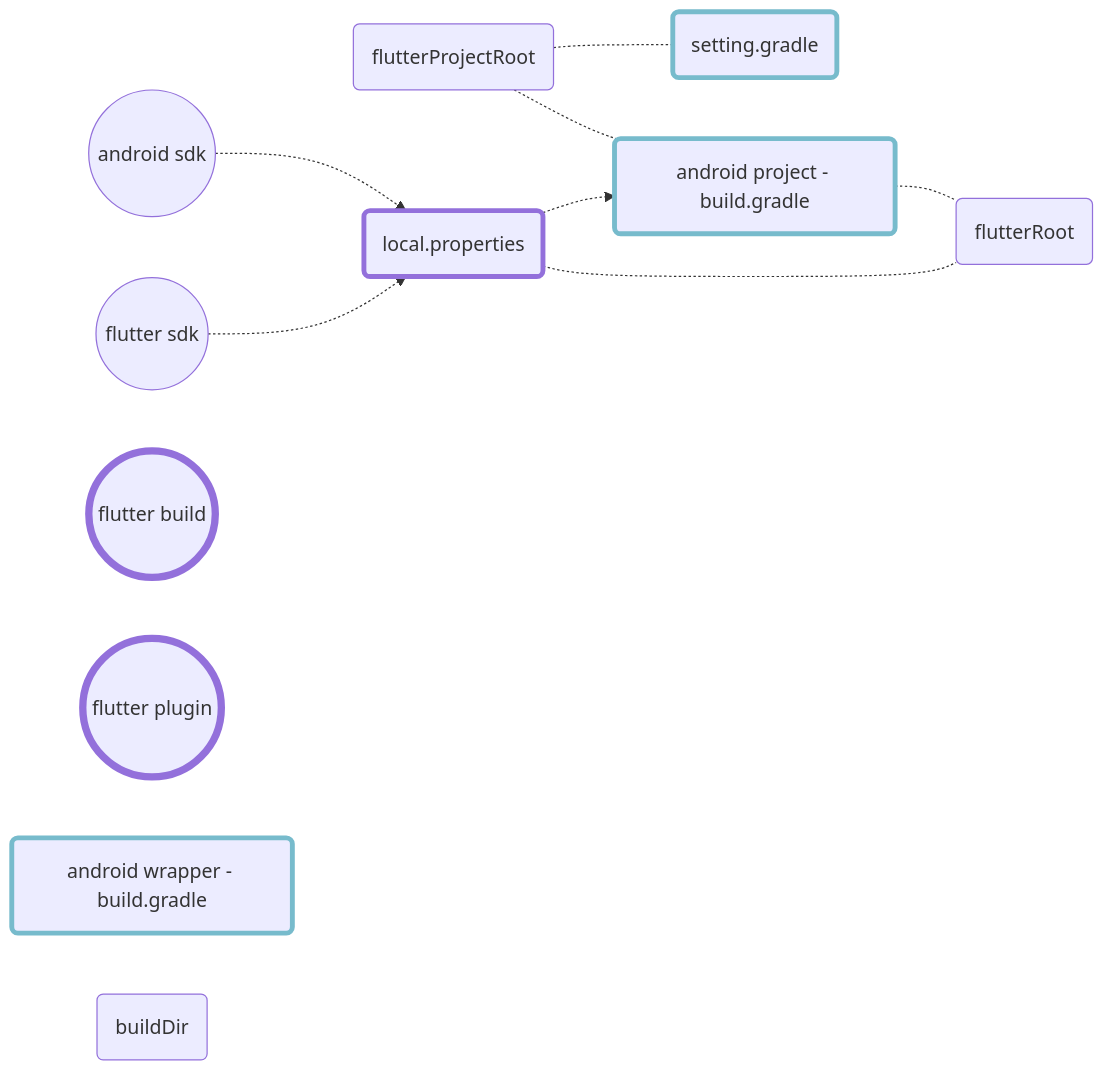
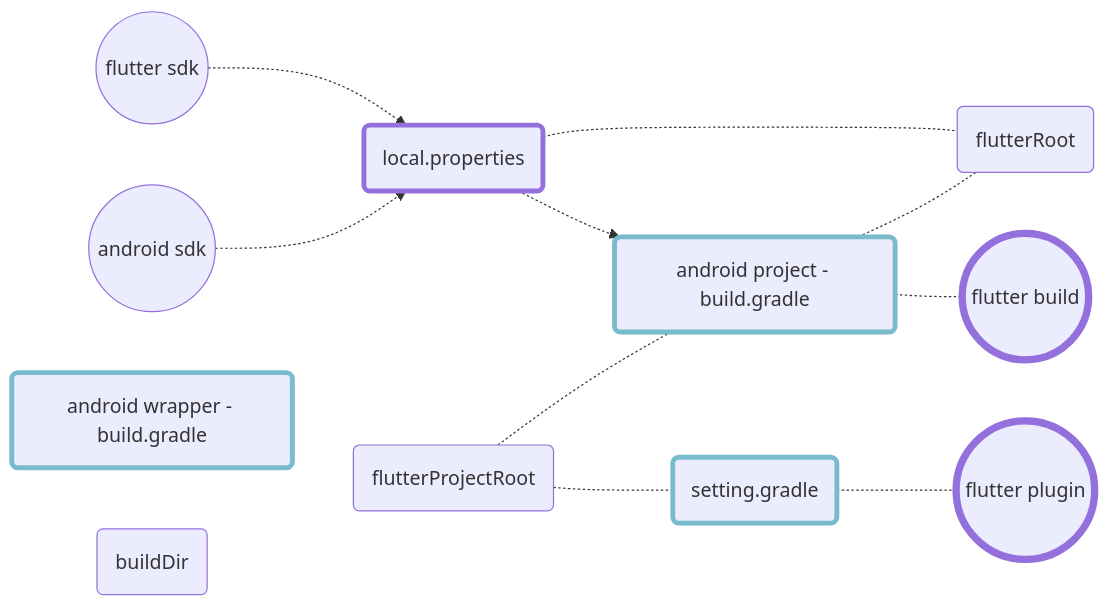
One commit to gordianknotC/nxp_note changed the second of 3 diagrams in flutter/addAndroidProjIntoFlutter.md. Above: the diagram before and after it, drawn with Mermaid. The commit also changed other lines of this file, not shown here.

````diff
--- a/flutter/addAndroidProjIntoFlutter.md
+++ b/flutter/addAndroidProjIntoFlutter.md
@@ -241,30 +241,32 @@
 ```mermaid
 graph LR
 	fdk((flutter sdk))
 	adk((android sdk))
 	fbuild((flutter build))
 	fpgn((flutter plugin))
 	loc(local.properties)
 	style loc stroke-width:4px   
 	style fbuild stroke-width:6px   
 	style fpgn stroke-width:6px 
 	
 	set(setting.gradle)
 	b1(android wrapper - build.gradle)
 	b2(android project - build.gradle)
 	style b1 stroke-width:4px, stroke:#7bc
 	style b2 stroke-width:4px, stroke:#7bc
 	style set stroke-width:4px, stroke:#7bc
 
 	dfr(flutterRoot)
 	dfp(flutterProjectRoot)
 	dfb(buildDir)
 	
 	fdk -.-> loc
 	adk -.-> loc
 	loc -.-> b2
 	loc -.- dfr
 	b2 -.- dfr
 	dfp -.- b2
 	dfp -.- set
+	set -.- fpgn
+	b2 -.- fbuild
 ```
````
